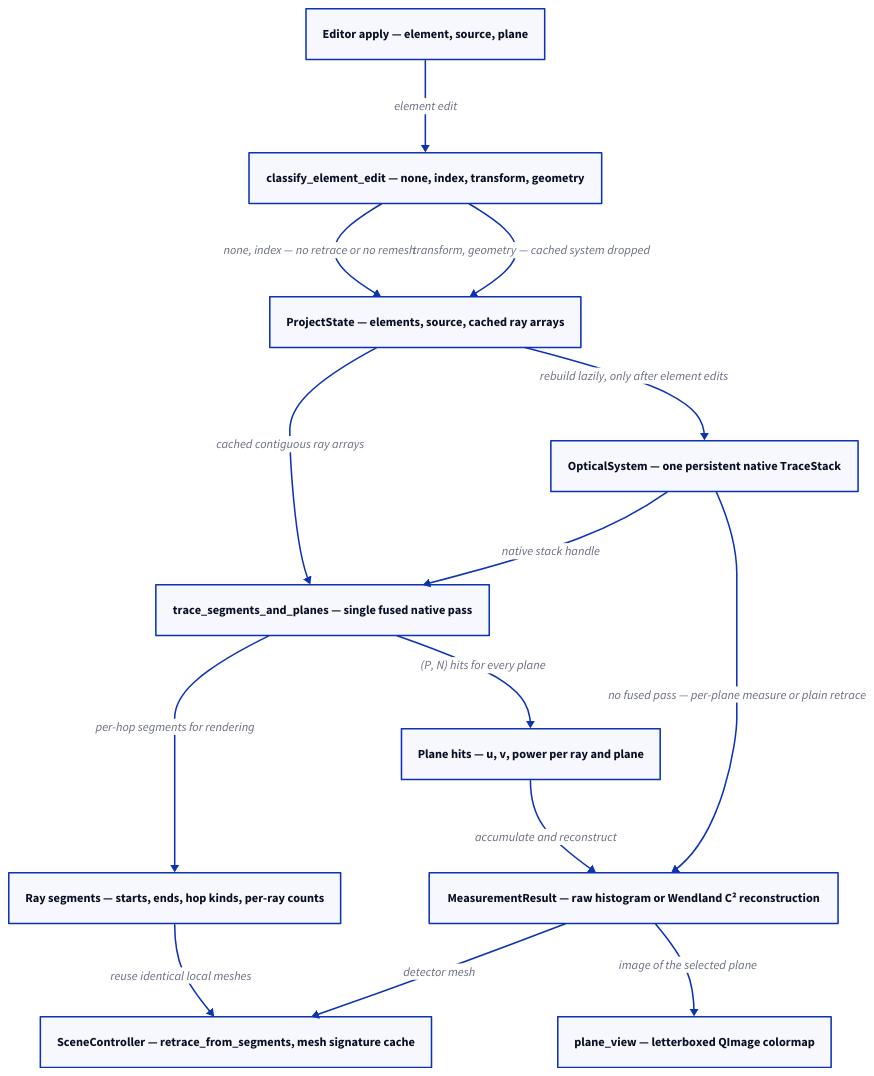
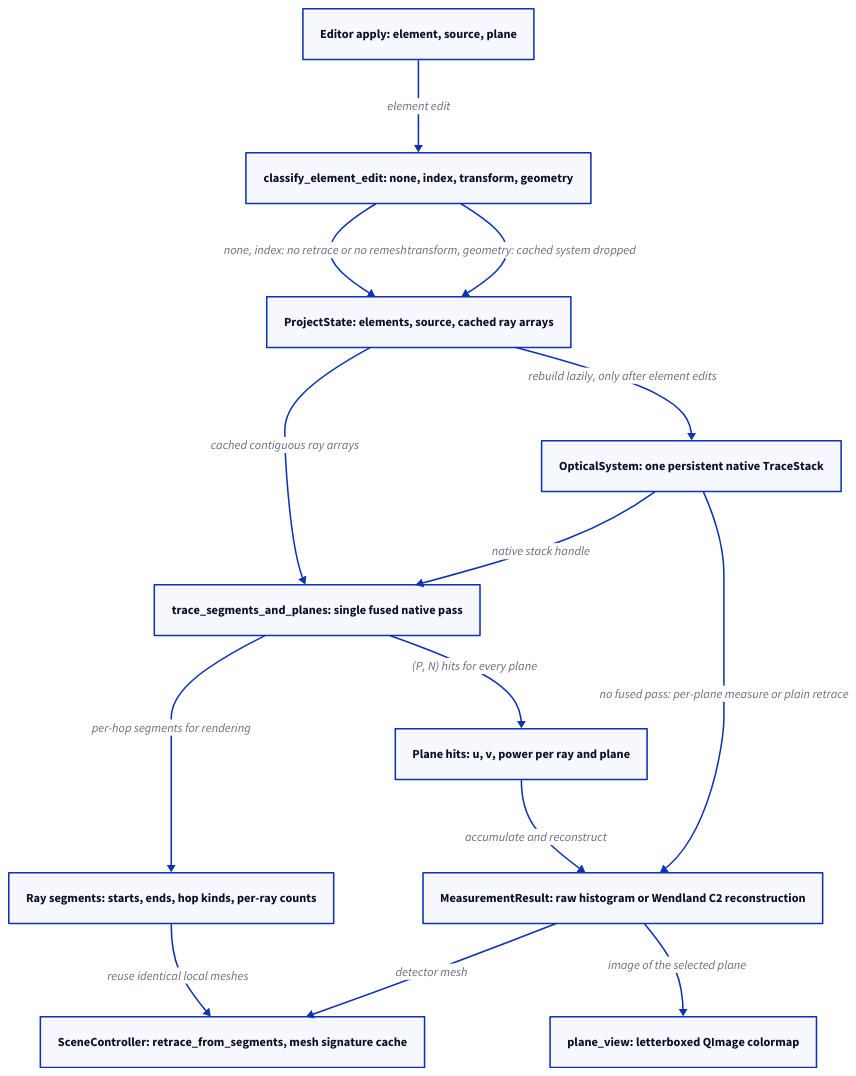
Before and after one commit to propane865/OpticsSimulator: the diagram in docs/diagrams/refresh-dataflow.d2, drawn with D2. The commit also changed 26 other files, not shown here.

```diff
--- a/docs/diagrams/refresh-dataflow.d2
+++ b/docs/diagrams/refresh-dataflow.d2
@@ -1,24 +1,24 @@
-ed: "Editor apply — element, source, plane"
-cls: "classify_element_edit — none, index, transform, geometry"
-state: "ProjectState — elements, source, cached ray arrays"
-sys: "OpticalSystem — one persistent native TraceStack"
-fused: "trace_segments_and_planes — single fused native pass"
-segs: "Ray segments — starts, ends, hop kinds, per-ray counts"
-hits: "Plane hits — u, v, power per ray and plane"
-res: "MeasurementResult — raw histogram or Wendland C² reconstruction"
-scene: "SceneController — retrace_from_segments, mesh signature cache"
-pview: "plane_view — letterboxed QImage colormap"
+ed: "Editor apply: element, source, plane"
+cls: "classify_element_edit: none, index, transform, geometry"
+state: "ProjectState: elements, source, cached ray arrays"
+sys: "OpticalSystem: one persistent native TraceStack"
+fused: "trace_segments_and_planes: single fused native pass"
+segs: "Ray segments: starts, ends, hop kinds, per-ray counts"
+hits: "Plane hits: u, v, power per ray and plane"
+res: "MeasurementResult: raw histogram or Wendland C2 reconstruction"
+scene: "SceneController: retrace_from_segments, mesh signature cache"
+pview: "plane_view: letterboxed QImage colormap"
 
 ed -> cls: element edit
-cls -> state: "none, index — no retrace or no remesh"
-cls -> state: "transform, geometry — cached system dropped"
+cls -> state: "none, index: no retrace or no remesh"
+cls -> state: "transform, geometry: cached system dropped"
 state -> sys: "rebuild lazily, only after element edits"
 state -> fused: "cached contiguous ray arrays"
 sys -> fused: "native stack handle"
 fused -> segs: "per-hop segments for rendering"
 fused -> hits: "(P, N) hits for every plane"
 hits -> res: "accumulate and reconstruct"
 segs -> scene: "reuse identical local meshes"
 res -> scene: "detector mesh"
 res -> pview: "image of the selected plane"
-sys -> res: "no fused pass — per-plane measure or plain retrace"
+sys -> res: "no fused pass: per-plane measure or plain retrace"
```
